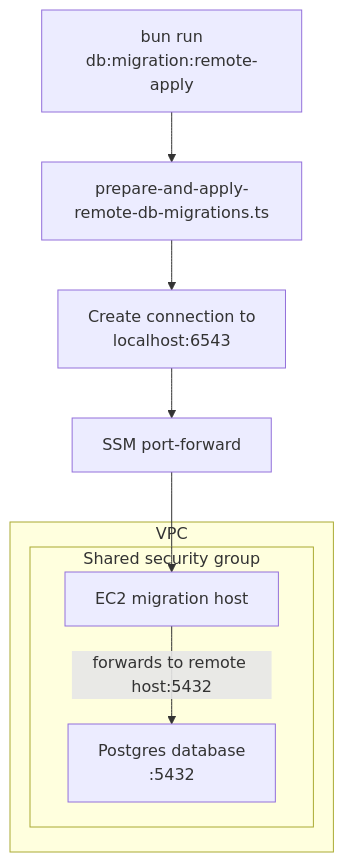
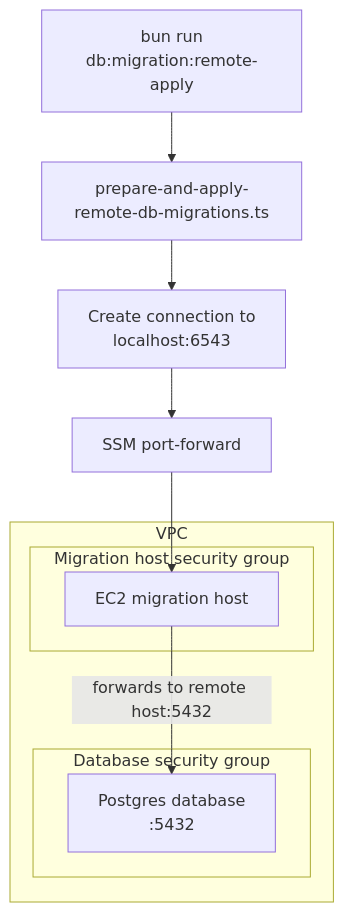
One commit to guardian/notifications-tooling changed the diagram in src/packages/database/README.md. Above: the diagram before and after it, drawn with Mermaid. The commit also changed other lines of this file, not shown here.

Commit message:
update readme to reflect different SG

````diff
--- a/src/packages/database/README.md
+++ b/src/packages/database/README.md
@@ -69,20 +69,23 @@
 ```mermaid
 flowchart TB
   A["bun run<br/>db:migration:remote-apply"]
   B["prepare-and-apply-remote-db-migrations.ts"]
 
   A --> B
 
   B --> C["Create connection to<br/>localhost:6543"]
   C --> D["SSM port-forward"]
 
   subgraph VPC["VPC"]
-    subgraph SG["Shared security group"]
+    subgraph MSG["Migration host security group"]
       E["EC2 migration host"]
+    end
+
+    subgraph DSG["Database security group"]
       F["Postgres database<br/>:5432"]
     end
   end
 
   D --> E
   E -->|"forwards to remote host:5432"| F
 ```
````
